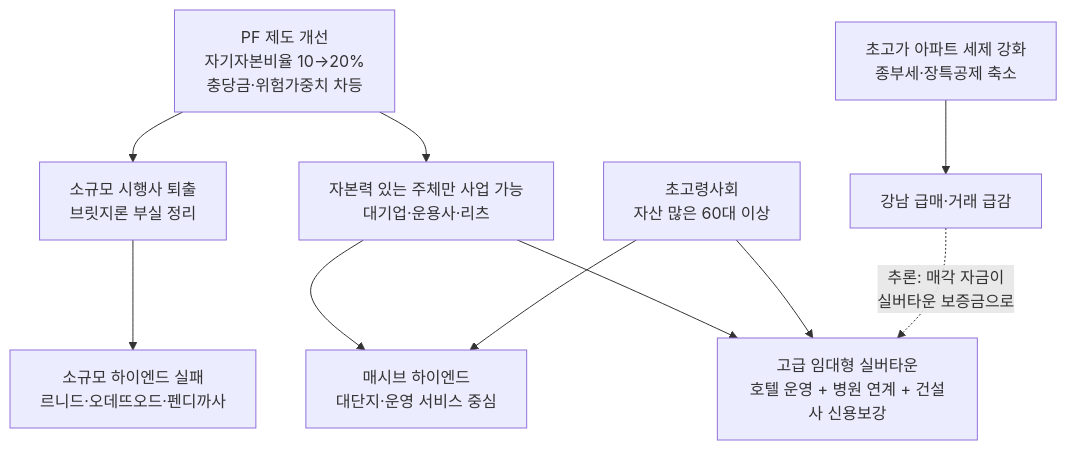
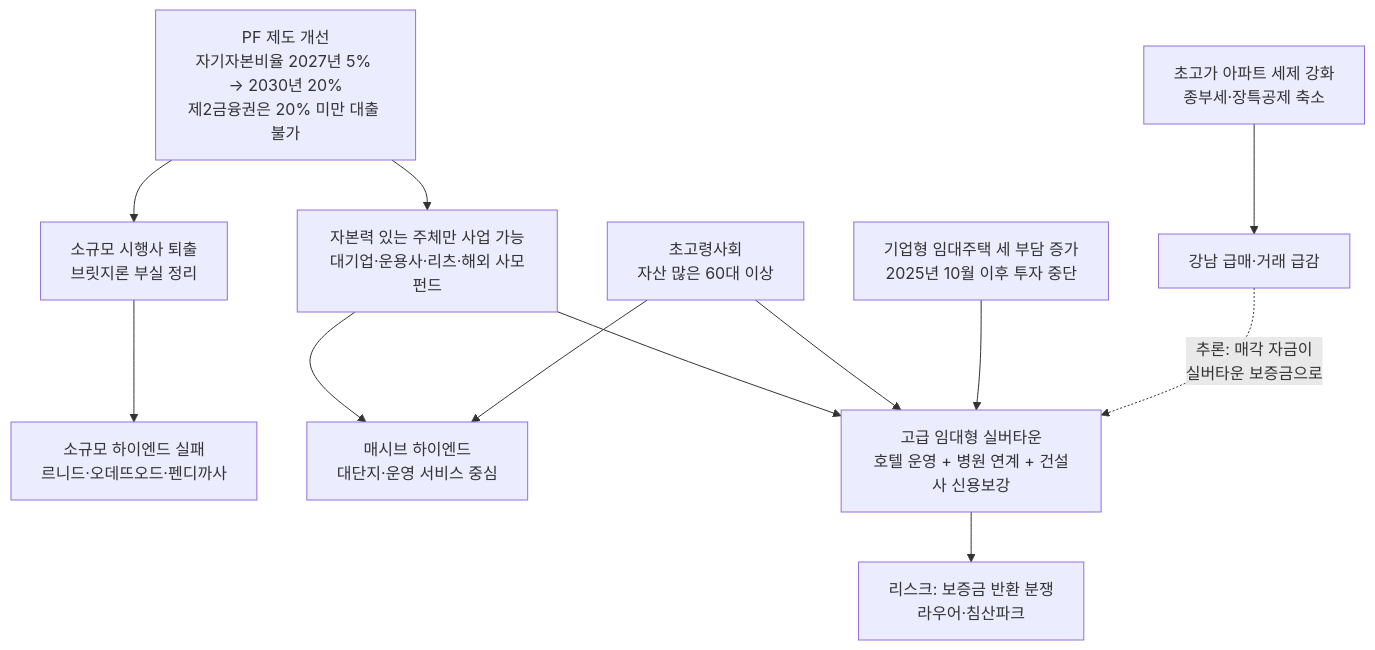
One commit to wonhee9299/wonee9 changed the diagram in reports/부동산PF-실버타운-고급주택-관계분석.md. Above: the diagram before and after it, drawn with Mermaid. The commit also changed other lines of this file, not shown here.

First line of the commit message:
재조사 반영: PF 자기자본비율 일정 정정, 실버타운 제도·리스크 사례 보강

````diff
--- a/reports/부동산PF-실버타운-고급주택-관계분석.md
+++ b/reports/부동산PF-실버타운-고급주택-관계분석.md
@@ -135,12 +158,14 @@
 ```mermaid
 flowchart TD
-    A[PF 제도 개선<br/>자기자본비율 10→20%<br/>충당금·위험가중치 차등] --> B[소규모 시행사 퇴출<br/>브릿지론 부실 정리]
-    A --> C[자본력 있는 주체만 사업 가능<br/>대기업·운용사·리츠]
+    A[PF 제도 개선<br/>자기자본비율 2027년 5% → 2030년 20%<br/>제2금융권은 20% 미만 대출 불가] --> B[소규모 시행사 퇴출<br/>브릿지론 부실 정리]
+    A --> C[자본력 있는 주체만 사업 가능<br/>대기업·운용사·리츠·해외 사모펀드]
     B --> D[소규모 하이엔드 실패<br/>르니드·오데뜨오드·펜디까사]
     C --> E[매시브 하이엔드<br/>대단지·운영 서비스 중심]
     C --> F[고급 임대형 실버타운<br/>호텔 운영 + 병원 연계 + 건설사 신용보강]
     G[초고령사회<br/>자산 많은 60대 이상] --> E
     G --> F
     H[초고가 아파트 세제 강화<br/>종부세·장특공제 축소] --> I[강남 급매·거래 급감]
+    J[기업형 임대주택 세 부담 증가<br/>2025년 10월 이후 투자 중단] --> F
     I -. 추론: 매각 자금이<br/>실버타운 보증금으로 .-> F
+    F --> K[리스크: 보증금 반환 분쟁<br/>라우어·침산파크]
 ```
````
